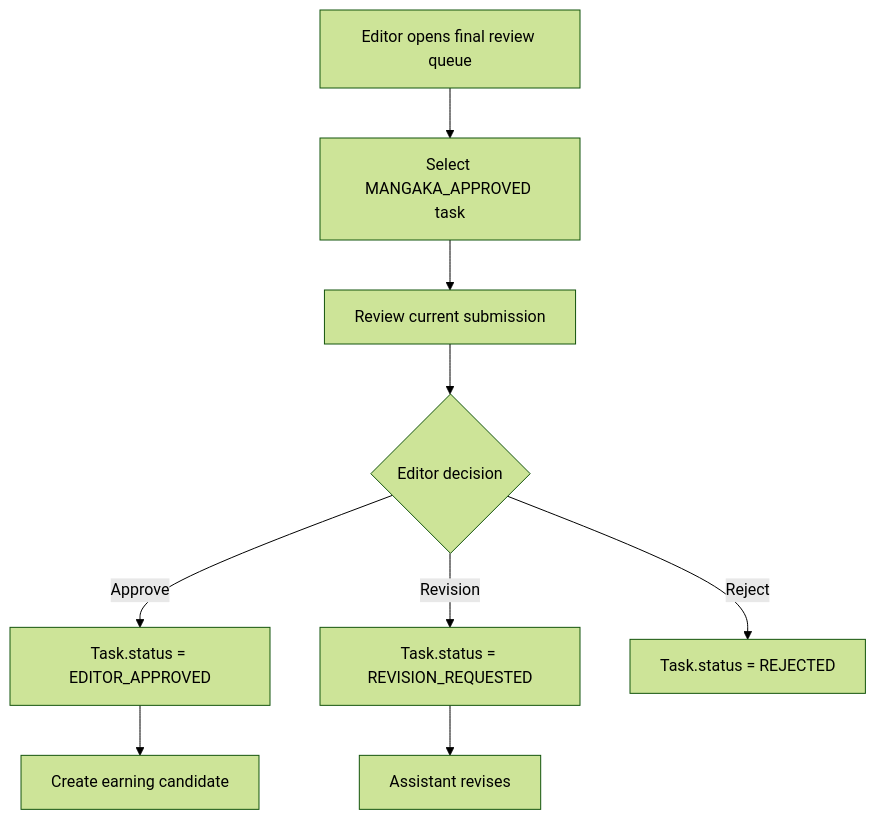
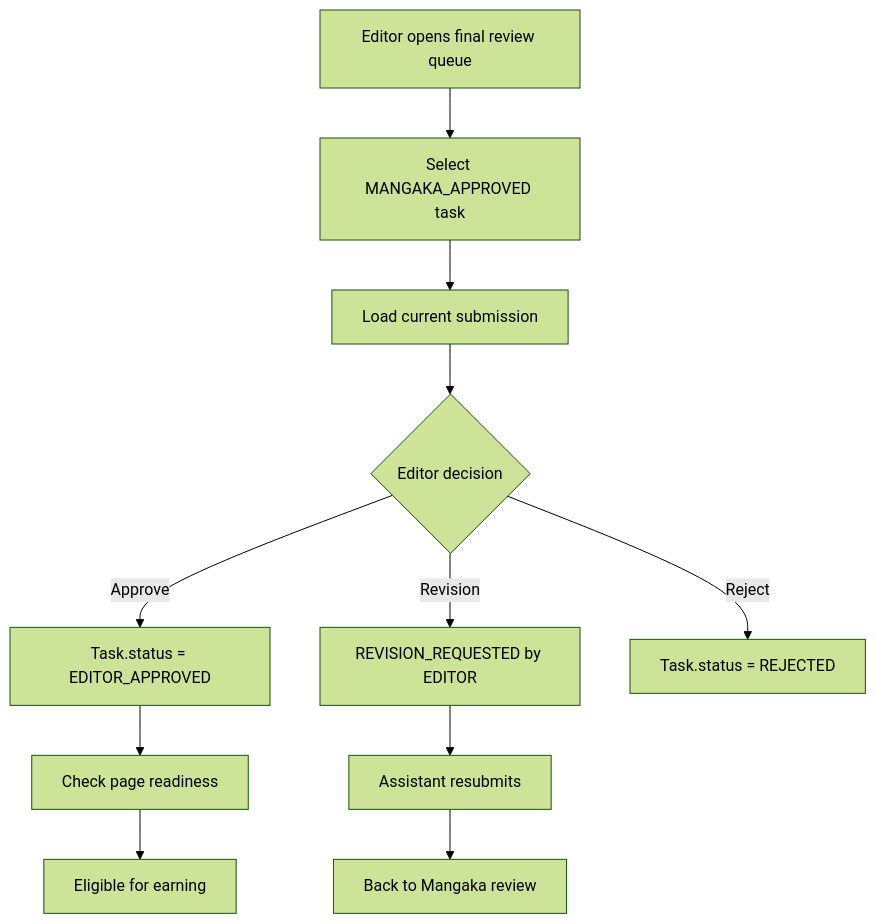
Before and after one commit to ntu254/MangaFlow: the diagram in docs/standards/Flow-07-Editor-Final-Review-Page-Approval-Spec.md, drawn with Mermaid (forest theme). The commit also changed other lines of this file and 39 other files, not shown here.

````diff
--- a/docs/standards/Flow-07-Editor-Final-Review-Page-Approval-Spec.md
+++ b/docs/standards/Flow-07-Editor-Final-Review-Page-Approval-Spec.md
@@ -195,11 +203,13 @@
 ```mermaid
 flowchart TD
     A["Editor opens final review queue"] --> B["Select MANGAKA_APPROVED task"]
-    B --> C["Review current submission"]
+    B --> C["Load current submission"]
     C --> D{"Editor decision"}
     D -->|Approve| E["Task.status = EDITOR_APPROVED"]
-    E --> F["Create earning candidate"]
-    D -->|Revision| G["Task.status = REVISION_REQUESTED"]
-    G --> H["Assistant revises"]
-    D -->|Reject| I["Task.status = REJECTED"]
+    E --> F["Check page readiness"]
+    F --> G["Eligible for earning"]
+    D -->|Revision| H["REVISION_REQUESTED by EDITOR"]
+    H --> I["Assistant resubmits"]
+    I --> J["Back to Mangaka review"]
+    D -->|Reject| K["Task.status = REJECTED"]
 ```
````
